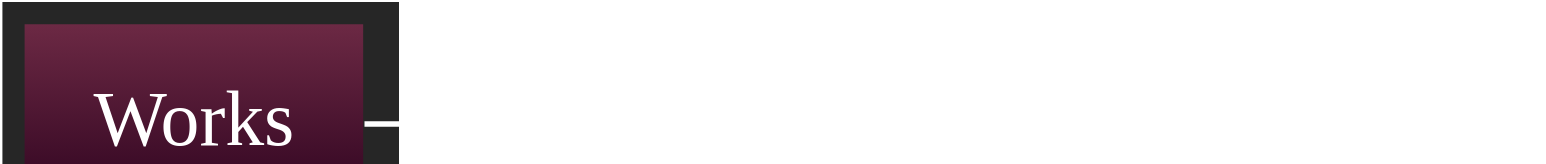
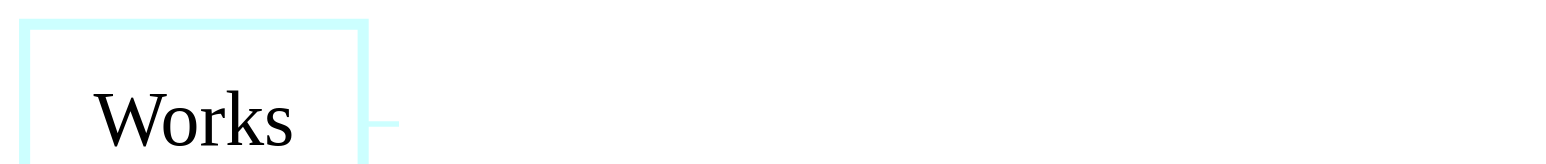
Before and after one commit to julianfl0w/Deism: the diagram in graphs/Simplified.dot, drawn with Graphviz. The commit also changed 41 other files, not shown here.

```diff
--- a/graphs/Simplified.dot
+++ b/graphs/Simplified.dot
@@ -1,14 +1,14 @@
 digraph D {
 rankdir = LR
 style = filled
-fontcolor = white
-color = white
-bgcolor = "#262626"
+fontcolor = black
+color = black
+bgcolor = white
 gradientangle = 0
 dpi = 300
-"cluster_98" [rankdir=TB, shape=box, penwidth=0, color=black, fontcolor=white, fillcolor="#6C2944:#29001C", style=filled, gradientangle=270.05, label="Works"]
-"cluster_99" [rankdir=TB, shape=box, penwidth=0, color=black, fontcolor=white, fillcolor="#6C2944:#29001C", style=filled, gradientangle=270.05, label="Grace"]
-"cluster_100" [rankdir=TB, shape=box, penwidth=0, color=black, fontcolor=white, fillcolor="#6C2944:#29001C", style=filled, gradientangle=270.05, label="Reciprocity"]
-"cluster_99" -> "cluster_100" [color=white, penwidth=1, ltail="cluster_99", lhead="cluster_100"]
-"cluster_98" -> "cluster_99" [color=white, penwidth=1, ltail="cluster_99", lhead="cluster_100"]
+"cluster_99" [rankdir=TB, shape=box, penwidth=2, color="#ccffff", fontcolor=black, fillcolor=white, style=filled, gradientangle=270.05, label="Works"]
+"cluster_100" [rankdir=TB, shape=box, penwidth=2, color="#ccffff", fontcolor=black, fillcolor=white, style=filled, gradientangle=270.05, label="Grace"]
+"cluster_101" [rankdir=TB, shape=box, penwidth=2, color="#ccffff", fontcolor=black, fillcolor=white, style=filled, gradientangle=270.05, label="Reciprocity"]
+"cluster_100" -> "cluster_101" [color="#ccffff", penwidth=1, ltail="cluster_100", lhead="cluster_101"]
+"cluster_99" -> "cluster_100" [color="#ccffff", penwidth=1, ltail="cluster_100", lhead="cluster_101"]
 }
```
